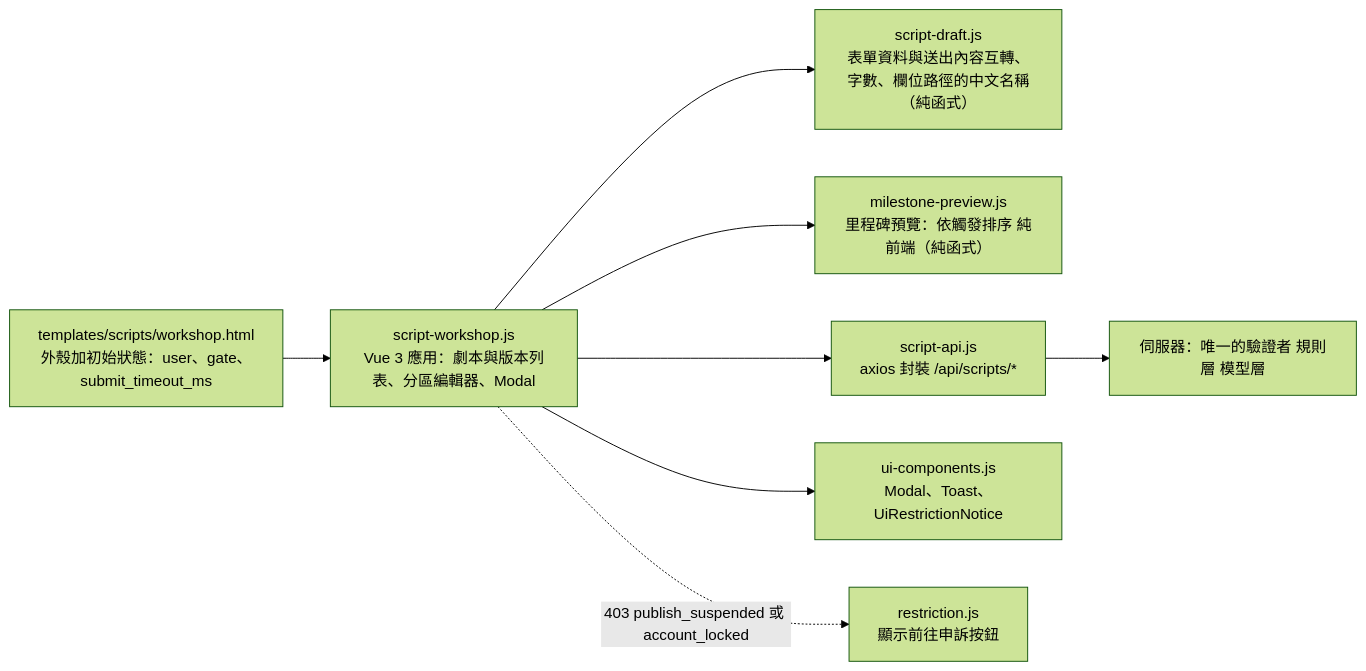
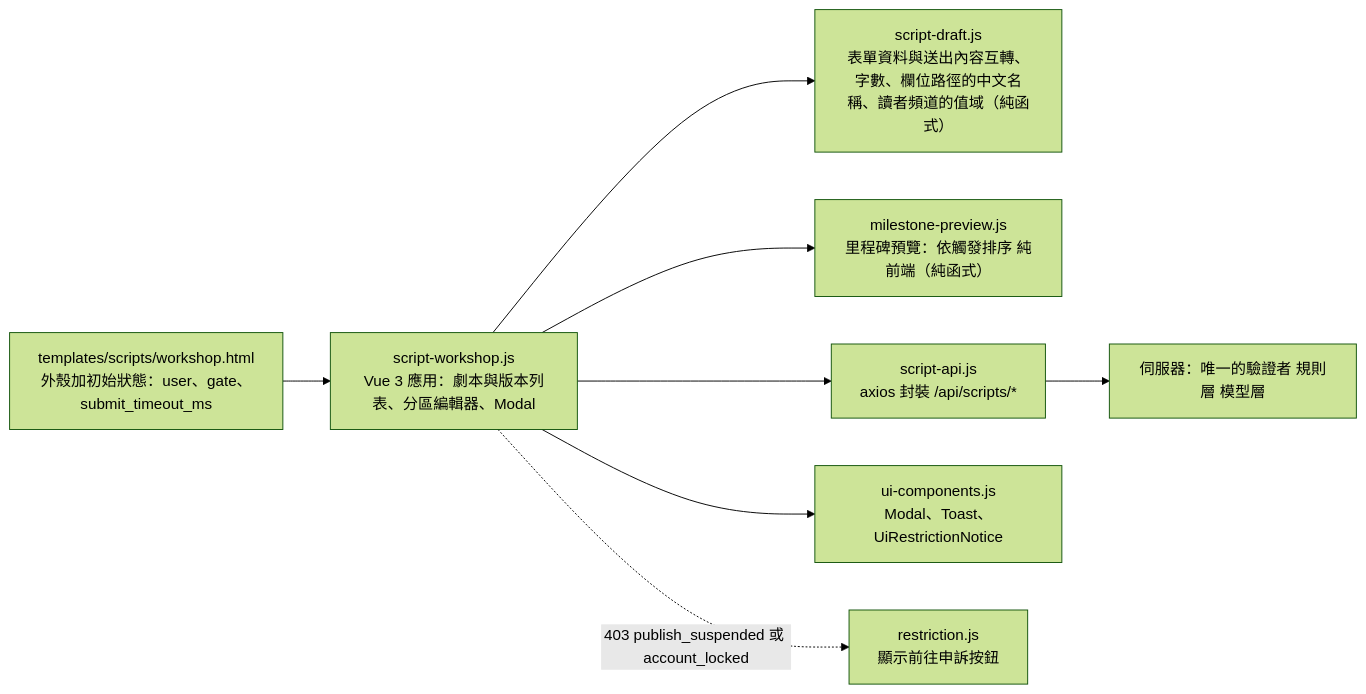
One commit to pp466pp466/R.A.C changed the sixth of 8 diagrams in docs/前端結構-frontend.md. Above: the diagram before and after it, drawn with Mermaid (forest theme). The commit also changed other lines of this file and 12 other files, not shown here.

````diff
--- a/docs/前端結構-frontend.md
+++ b/docs/前端結構-frontend.md
@@ -135,10 +136,10 @@
 ```mermaid
 flowchart LR
     Html["templates/scripts/workshop.html<br/>外殼加初始狀態：user、gate、submit_timeout_ms"] --> Ws
-    Ws["script-workshop.js<br/>Vue 3 應用：劇本與版本列表、分區編輯器、Modal"] --> Draft["script-draft.js<br/>表單資料與送出內容互轉、字數、欄位路徑的中文名稱（純函式）"]
+    Ws["script-workshop.js<br/>Vue 3 應用：劇本與版本列表、分區編輯器、Modal"] --> Draft["script-draft.js<br/>表單資料與送出內容互轉、字數、欄位路徑的中文名稱、讀者頻道的值域（純函式）"]
     Ws --> Prev["milestone-preview.js<br/>里程碑預覽：依觸發排序 純前端（純函式）"]
     Ws --> Api["script-api.js<br/>axios 封裝 /api/scripts/*"]
     Ws --> Ui["ui-components.js<br/>Modal、Toast、UiRestrictionNotice"]
     Api --> Srv["伺服器：唯一的驗證者 規則層 模型層"]
     Ws -.->|"403 publish_suspended 或 account_locked"| Rs["restriction.js<br/>顯示前往申訴按鈕"]
 ```
````
